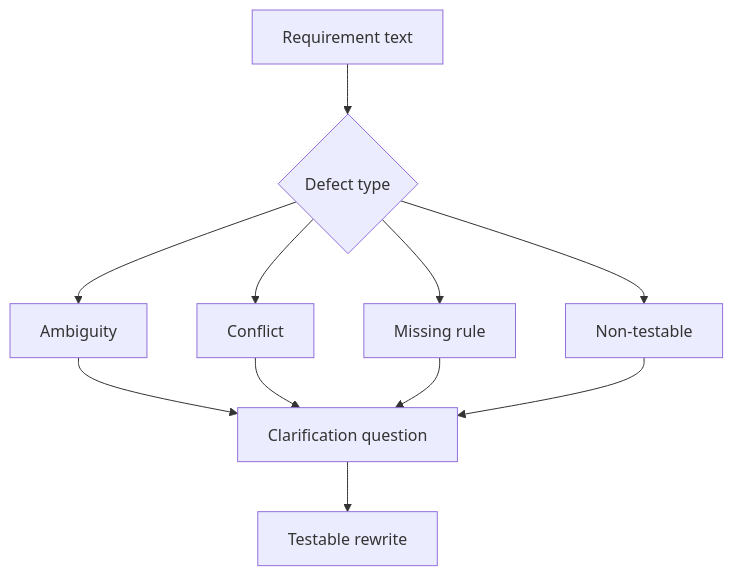
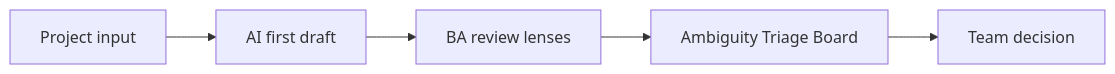
The first of 2 diagrams in docs/en/lessons/ambiguity-conflict-and-gap-analysis/index.md (anhtnt90dev/ai-for-ba), drawn with Mermaid before and after one commit. The commit also changed other lines of this file and 40 other files, not shown here.

````diff
--- a/docs/en/lessons/ambiguity-conflict-and-gap-analysis/index.md
+++ b/docs/en/lessons/ambiguity-conflict-and-gap-analysis/index.md
@@ -68,13 +84,12 @@
 ```mermaid
-flowchart TD
-    A["Requirement text"] --> B{"Defect type"}
-    B --> C["Ambiguity"]
-    B --> D["Conflict"]
-    B --> E["Missing rule"]
-    B --> F["Non-testable"]
-    C --> G["Clarification question"]
-    D --> G
-    E --> G
-    F --> G
-    G --> H["Testable rewrite"]
+flowchart LR
+    A["Project input"]
+    B["AI first draft"]
+    A --> B
+    C["BA review lenses"]
+    B --> C
+    D["Ambiguity Triage Board"]
+    C --> D
+    E["Team decision"]
+    D --> E
 ```
````
